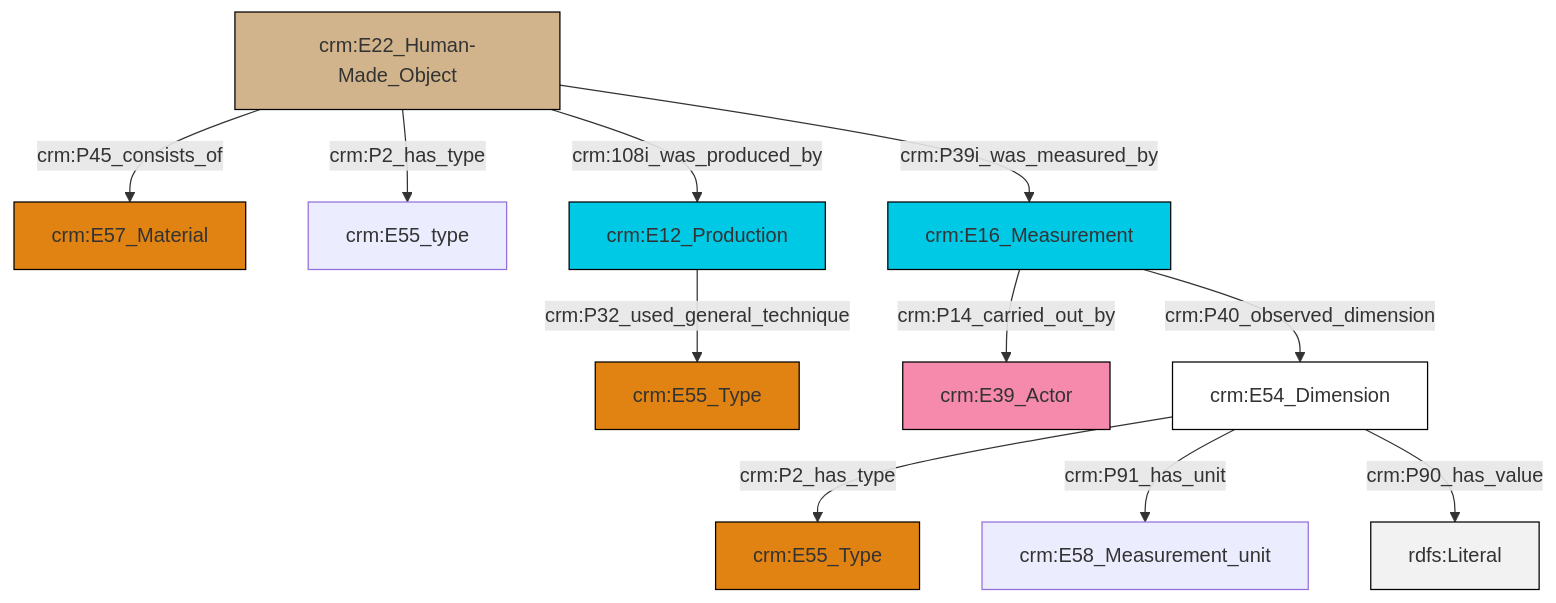
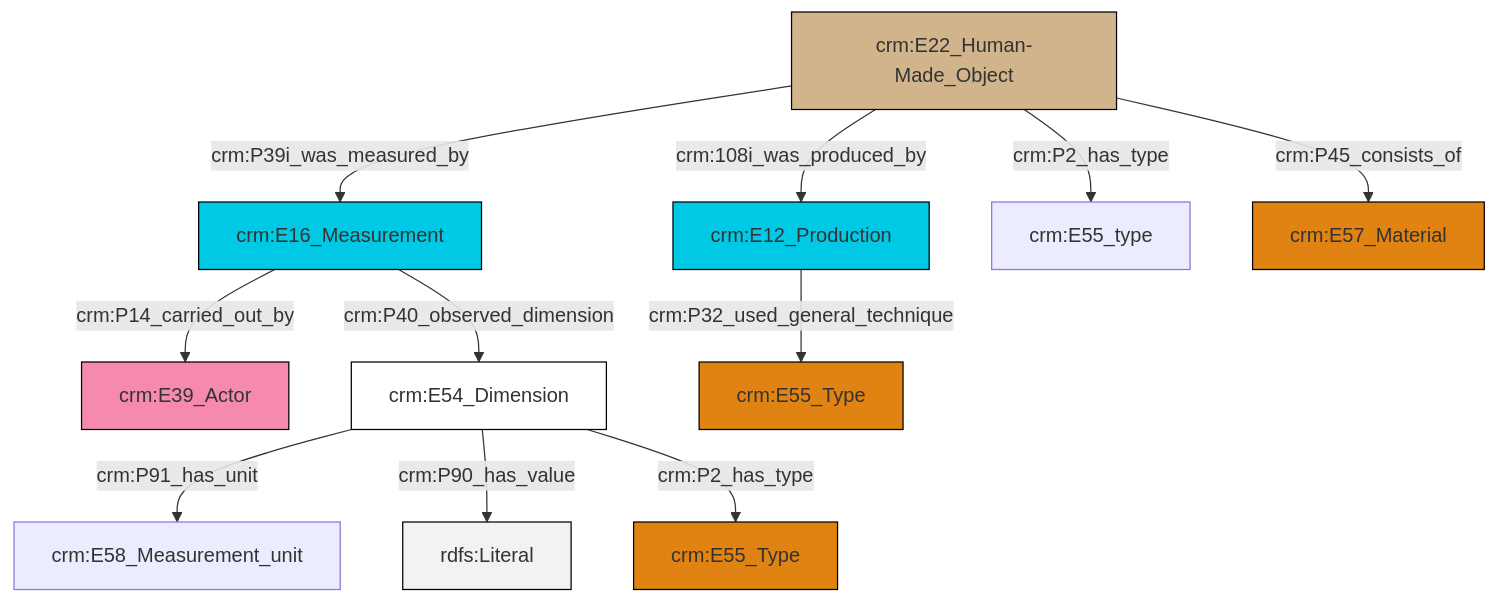
One commit to swiss-art-research-net/docs.swissartresearch changed the diagram in et/builtWorkCSV/ttl/mmd/Built_Work_substance.ttl.mmd. Above: the diagram before and after it, drawn with Mermaid. The commit also changed 171 other files, not shown here.

```diff
--- a/et/builtWorkCSV/ttl/mmd/Built_Work_substance.ttl.mmd
+++ b/et/builtWorkCSV/ttl/mmd/Built_Work_substance.ttl.mmd
@@ -1,25 +1,25 @@
 graph TD
 classDef Literal fill:#f2f2f2,stroke:#000000;
 classDef CRM_Entity fill:#FFFFFF,stroke:#000000;
 classDef Temporal_Entity fill:#00C9E6, stroke:#000000;
 classDef Type fill:#E18312, stroke:#000000;
 classDef Time-Span fill:#2C9C91, stroke:#000000;
 classDef Appellation fill:#FFEB7F, stroke:#000000;
 classDef Place fill:#008836, stroke:#000000;
 classDef Persistent_Item fill:#B266B2, stroke:#000000;
 classDef Conceptual_Object fill:#FFD700, stroke:#000000;
 classDef Physical_Thing fill:#D2B48C, stroke:#000000;
 classDef Actor fill:#f58aad, stroke:#000000;
 classDef PC_Classes fill:#4ce600, stroke:#000000;
 classDef Multi fill:#cccccc,stroke:#000000;
 
-10["crm:E54_Dimension"]:::CRM_Entity -->|crm:P2_has_type| 11["crm:E55_Type"]:::Type
-8["crm:E22_Human-Made_Object"]:::Physical_Thing -->|crm:108i_was_produced_by| 14["crm:E12_Production"]:::Temporal_Entity
-16["crm:E16_Measurement"]:::Temporal_Entity -->|crm:P40_observed_dimension| 10["crm:E54_Dimension"]:::CRM_Entity
-10["crm:E54_Dimension"]:::CRM_Entity -->|crm:P91_has_unit| 2["crm:E58_Measurement_unit"]:::Default
-8["crm:E22_Human-Made_Object"]:::Physical_Thing -->|crm:P45_consists_of| 6["crm:E57_Material"]:::Type
-8["crm:E22_Human-Made_Object"]:::Physical_Thing -->|crm:P2_has_type| 12["crm:E55_type"]:::Default
-8["crm:E22_Human-Made_Object"]:::Physical_Thing -->|crm:P39i_was_measured_by| 16["crm:E16_Measurement"]:::Temporal_Entity
-16["crm:E16_Measurement"]:::Temporal_Entity -->|crm:P14_carried_out_by| 4["crm:E39_Actor"]:::Actor
-14["crm:E12_Production"]:::Temporal_Entity -->|crm:P32_used_general_technique| 0["crm:E55_Type"]:::Type
-10["crm:E54_Dimension"]:::CRM_Entity -->|crm:P90_has_value| 18[rdfs:Literal]:::Literal
+0["crm:E16_Measurement"]:::Temporal_Entity -->|crm:P14_carried_out_by| 1["crm:E39_Actor"]:::Actor
+4["crm:E22_Human-Made_Object"]:::Physical_Thing -->|crm:P2_has_type| 5["crm:E55_type"]:::Default
+4["crm:E22_Human-Made_Object"]:::Physical_Thing -->|crm:P39i_was_measured_by| 0["crm:E16_Measurement"]:::Temporal_Entity
+6["crm:E54_Dimension"]:::CRM_Entity -->|crm:P91_has_unit| 7["crm:E58_Measurement_unit"]:::Default
+6["crm:E54_Dimension"]:::CRM_Entity -->|crm:P90_has_value| 8[rdfs:Literal]:::Literal
+0["crm:E16_Measurement"]:::Temporal_Entity -->|crm:P40_observed_dimension| 6["crm:E54_Dimension"]:::CRM_Entity
+2["crm:E12_Production"]:::Temporal_Entity -->|crm:P32_used_general_technique| 11["crm:E55_Type"]:::Type
+4["crm:E22_Human-Made_Object"]:::Physical_Thing -->|crm:P45_consists_of| 13["crm:E57_Material"]:::Type
+6["crm:E54_Dimension"]:::CRM_Entity -->|crm:P2_has_type| 17["crm:E55_Type"]:::Type
+4["crm:E22_Human-Made_Object"]:::Physical_Thing -->|crm:108i_was_produced_by| 2["crm:E12_Production"]:::Temporal_Entity
```
